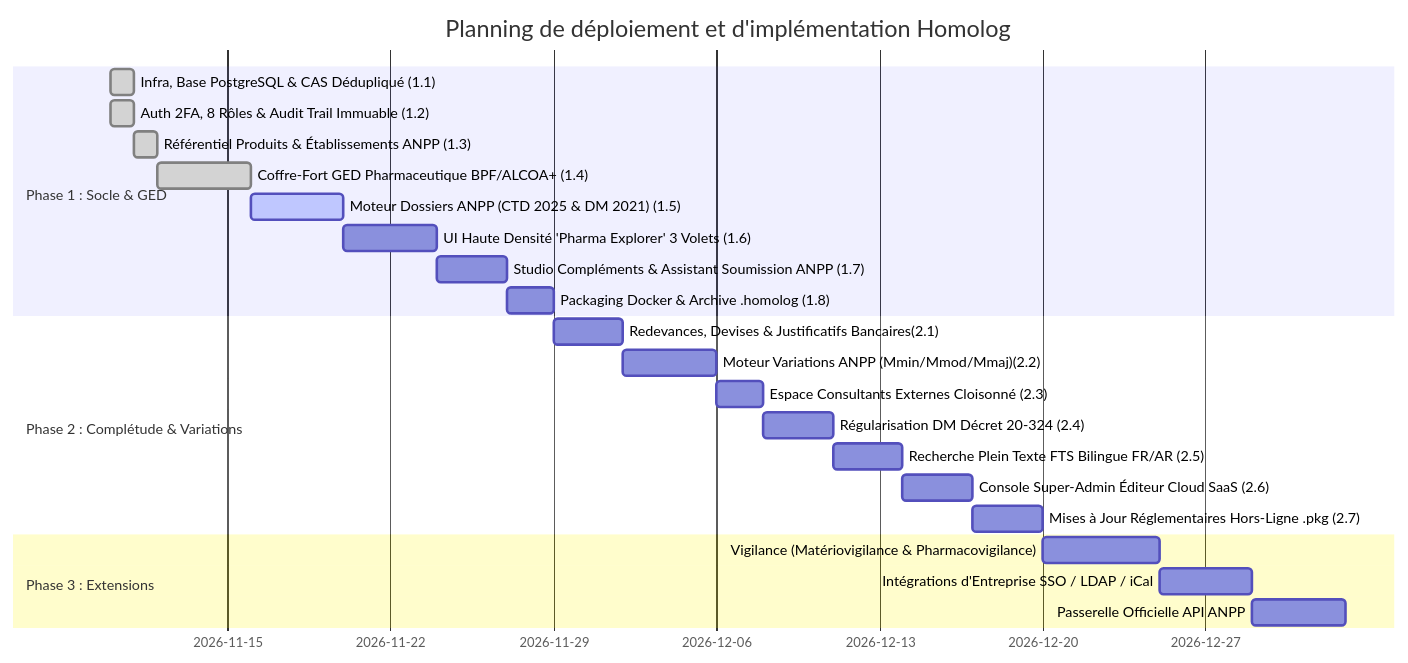
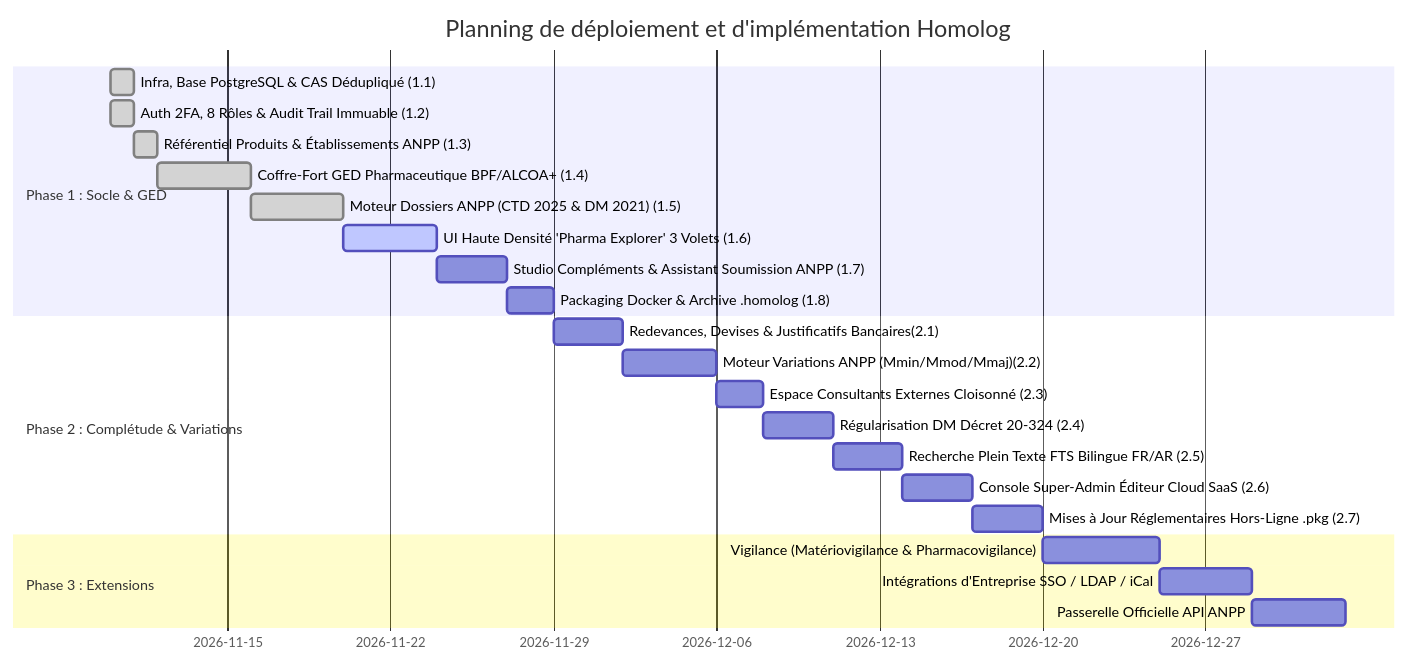
Before and after one commit to aassr1965/homolog: the diagram in docs/roadmap.md, drawn with Mermaid. The commit also changed other lines of this file and 12 other files, not shown here.

Commit message:
feat(ctd): implement ANPP regulatory dossier engine and dynamic checklists (Jalon 1.5)

````diff
--- a/docs/roadmap.md
+++ b/docs/roadmap.md
@@ -18,26 +18,26 @@
 ```mermaid
 gantt
     title Planning de déploiement et d'implémentation Homolog
     dateFormat  YYYY-MM-DD
     section Phase 1 : Socle & GED
     Infra, Base PostgreSQL & CAS Dédupliqué (1.1)    :done, p1_1, 2026-11-10, 1d
     Auth 2FA, 8 Rôles & Audit Trail Immuable (1.2)   :done, p1_2, 2026-11-10, 1d
     Référentiel Produits & Établissements ANPP (1.3) :done, p1_3, 2026-11-11, 1d
     Coffre-Fort GED Pharmaceutique BPF/ALCOA+ (1.4)  :done, p1_4, after p1_3, 4d
-    Moteur Dossiers ANPP (CTD 2025 & DM 2021) (1.5)  :active, p1_5, after p1_4, 4d
-    UI Haute Densité 'Pharma Explorer' 3 Volets (1.6):p1_6, after p1_5, 4d
+    Moteur Dossiers ANPP (CTD 2025 & DM 2021) (1.5)  :done, p1_5, after p1_4, 4d
+    UI Haute Densité 'Pharma Explorer' 3 Volets (1.6):active, p1_6, after p1_5, 4d
     Studio Compléments & Assistant Soumission ANPP (1.7) :p1_7, after p1_6, 3d
     Packaging Docker & Archive .homolog (1.8)        :p1_8, after p1_7, 2d
     section Phase 2 : Complétude & Variations
     Redevances, Devises & Justificatifs Bancaires(2.1):p2_1, after p1_8, 3d
     Moteur Variations ANPP (Mmin/Mmod/Mmaj)(2.2)     :p2_2, after p2_1, 4d
     Espace Consultants Externes Cloisonné (2.3)      :p2_3, after p2_2, 2d
     Régularisation DM Décret 20-324 (2.4)            :p2_4, after p2_3, 3d
     Recherche Plein Texte FTS Bilingue FR/AR (2.5)   :p2_5, after p2_4, 3d
     Console Super-Admin Éditeur Cloud SaaS (2.6)     :p2_6, after p2_5, 3d
     Mises à Jour Réglementaires Hors-Ligne .pkg (2.7):p2_7, after p2_6, 3d
     section Phase 3 : Extensions
     Vigilance (Matériovigilance & Pharmacovigilance) :p3_1, after p2_7, 5d
     Intégrations d'Entreprise SSO / LDAP / iCal      :p3_2, after p3_1, 4d
     Passerelle Officielle API ANPP                   :p3_3, after p3_2, 4d
 ```
````
